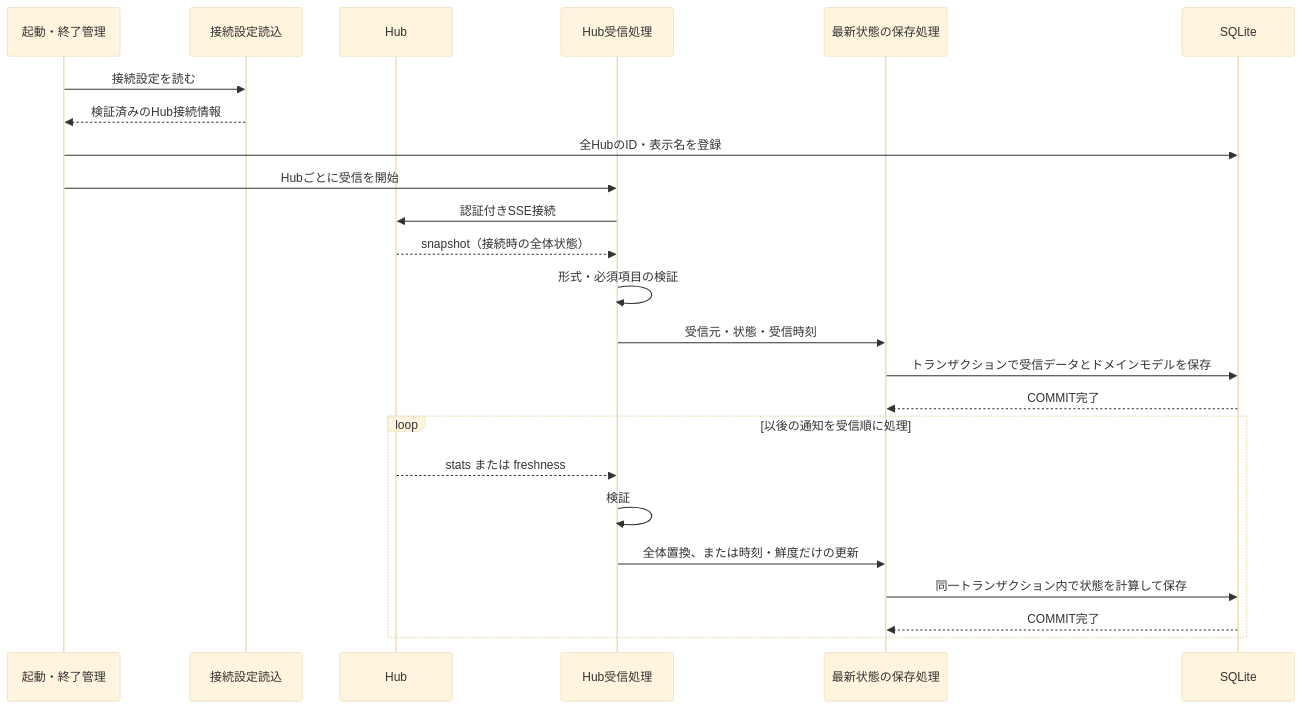
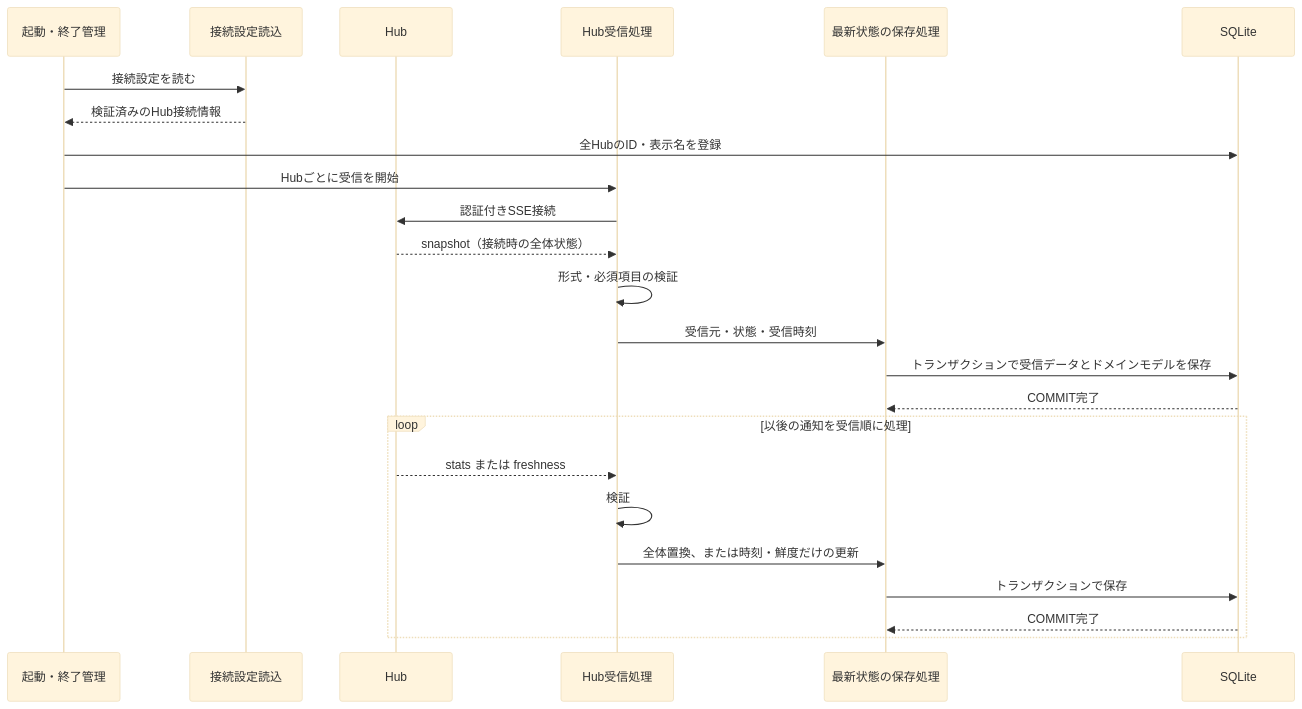
One commit to nuitsjp/multi-token-monitor changed the diagram in docs/design/UCP-1.md. Above: the diagram before and after it, drawn with Mermaid (base theme). The commit also changed other lines of this file and 10 other files, not shown here.

````diff
--- a/docs/design/UCP-1.md
+++ b/docs/design/UCP-1.md
@@ -12,26 +12,26 @@
 ```mermaid
 sequenceDiagram
   participant L as 起動・終了管理
   participant C as 接続設定読込
   participant H as Hub
   participant R as Hub受信処理
   participant S as 最新状態の保存処理
   participant D as SQLite
   L->>C: 接続設定を読む
   C-->>L: 検証済みのHub接続情報
   L->>D: 全HubのID・表示名を登録
   L->>R: Hubごとに受信を開始
   R->>H: 認証付きSSE接続
   H-->>R: snapshot（接続時の全体状態）
   R->>R: 形式・必須項目の検証
   R->>S: 受信元・状態・受信時刻
   S->>D: トランザクションで受信データとドメインモデルを保存
   D-->>S: COMMIT完了
   loop 以後の通知を受信順に処理
     H-->>R: stats または freshness
     R->>R: 検証
     R->>S: 全体置換、または時刻・鮮度だけの更新
-    S->>D: 同一トランザクション内で状態を計算して保存
+    S->>D: トランザクションで保存
     D-->>S: COMMIT完了
   end
 ```
````
